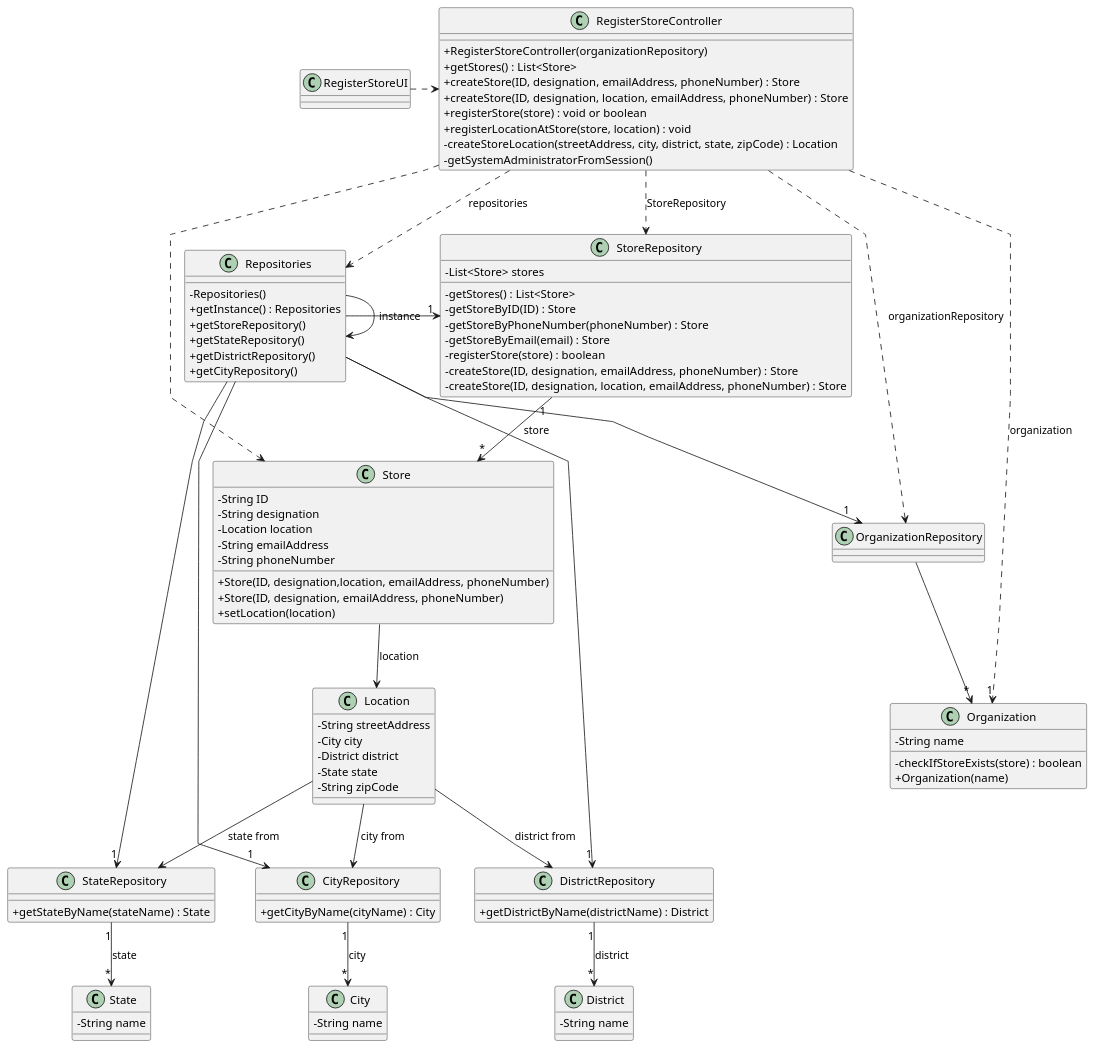
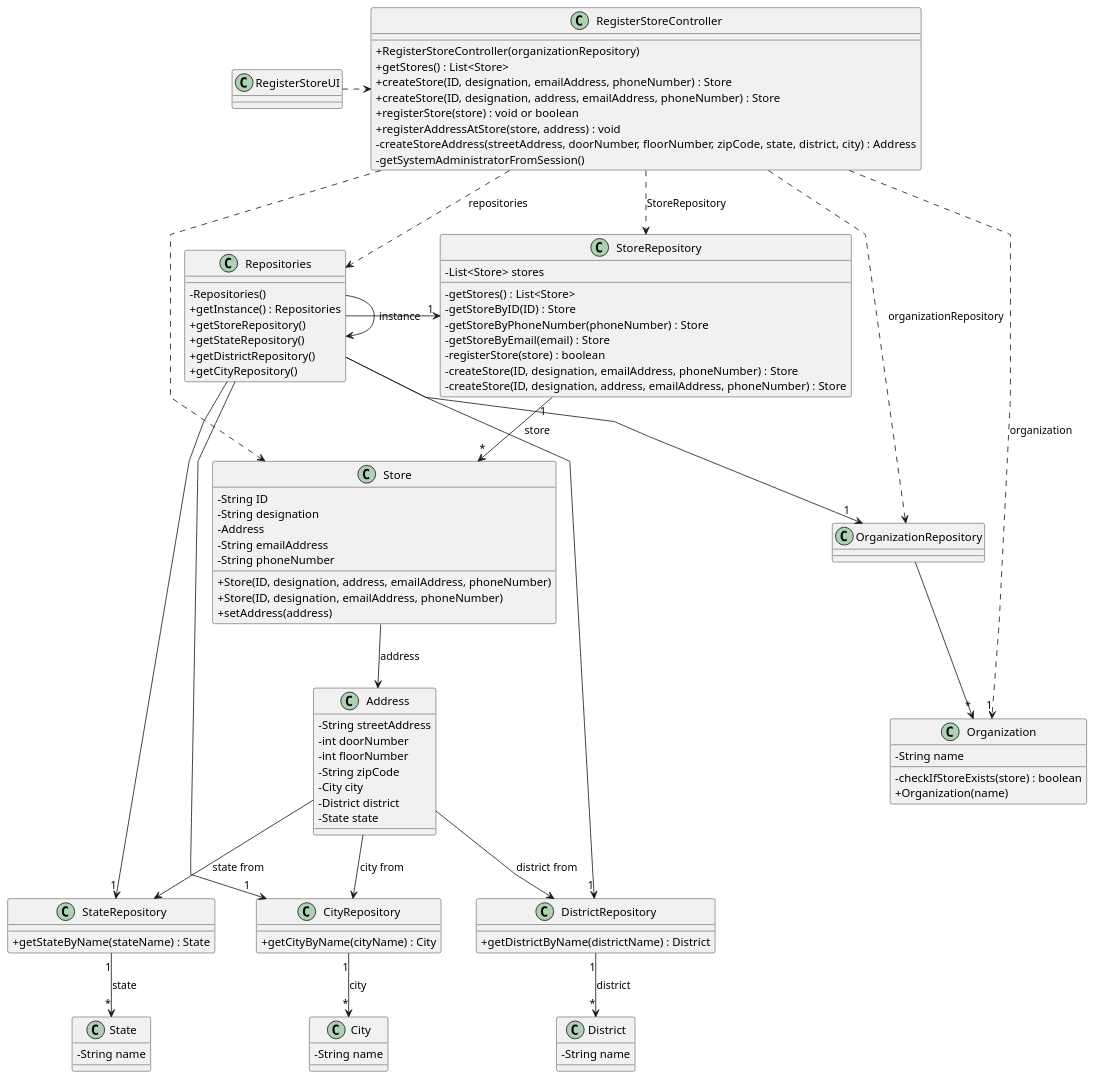
Before and after one commit to 1220812/LAPR2: the diagram in docs/sprintD/us005/03.design/puml/us005-class-diagram.puml, drawn with PlantUML. The commit also changed 6 other files, not shown here.

Commit message:
US005- Fixed the mistakes in system sequence diagram, sequence diagram full and class diagram

```diff
--- a/docs/sprintD/us005/03.design/puml/us005-class-diagram.puml
+++ b/docs/sprintD/us005/03.design/puml/us005-class-diagram.puml
@@ -1,129 +1,131 @@
 @startuml
 'skinparam monochrome true
 skinparam packageStyle rectangle
 skinparam shadowing false
 skinparam linetype polyline
 'skinparam linetype orto
 
 skinparam classAttributeIconSize 0
 
 'left to right direction
 
-class Location {
+class Address {
     -String streetAddress
+    -int doorNumber
+    -int floorNumber
+    -String zipCode
     -City city
     -District district
     -State state
-    -String zipCode
 }
 
 class City{
     -String name
 }
 
 class District{
     -String name
 }
 
 class State{
     -String name
 }
 
 class Store {
     - String ID
     - String designation
-    - Location location
+    - Address
     - String emailAddress
     - String phoneNumber
 
-    + Store(ID, designation,location, emailAddress, phoneNumber)
+    + Store(ID, designation, address, emailAddress, phoneNumber)
     + Store(ID, designation, emailAddress, phoneNumber)
-    + setLocation(location)
+    + setAddress(address)
 }
 
 class Organization {
     - String name
     - checkIfStoreExists(store) : boolean
     + Organization(name)
 '  +saveTask(task)
 }
 
 class StoreRepository {
     - List<Store> stores
     - getStores() : List<Store>
     - getStoreByID(ID) : Store
     - getStoreByPhoneNumber(phoneNumber) : Store
     - getStoreByEmail(email) : Store
     - registerStore(store) : boolean
     - createStore(ID, designation, emailAddress, phoneNumber) : Store
-    - createStore(ID, designation, location, emailAddress, phoneNumber) : Store
+    - createStore(ID, designation, address, emailAddress, phoneNumber) : Store
 }
 
 class StateRepository{
     + getStateByName(stateName) : State
 }
 
 class DistrictRepository{
     + getDistrictByName(districtName) : District
 }
 
 class CityRepository {
     + getCityByName(cityName) : City
 }
 
 class Repositories {
     - Repositories()
     + getInstance() : Repositories
     + getStoreRepository()
     + getStateRepository()
     + getDistrictRepository()
     + getCityRepository()
 }
 
 class RegisterStoreController {
     + RegisterStoreController(organizationRepository)
     + getStores() : List<Store>
     + createStore(ID, designation, emailAddress, phoneNumber) : Store
-    + createStore(ID, designation, location, emailAddress, phoneNumber) : Store
+    + createStore(ID, designation, address, emailAddress, phoneNumber) : Store
     + registerStore(store) : void or boolean
-    + registerLocationAtStore(store, location) : void
-    - createStoreLocation(streetAddress, city, district, state, zipCode) : Location
+    + registerAddressAtStore(store, address) : void
+    - createStoreAddress(streetAddress, doorNumber, floorNumber, zipCode, state, district, city) : Address
     - getSystemAdministratorFromSession()
 }
 
 class RegisterStoreUI {
 }
 
 Repositories -> Repositories : instance
 
 
 RegisterStoreUI .> RegisterStoreController
 
 RegisterStoreController .> Repositories : repositories
 
 Repositories -> "1" StoreRepository
 Repositories -> "1" StateRepository
 Repositories -> "1" DistrictRepository
 Repositories -> "1" CityRepository
 
 RegisterStoreController ..> Store
 RegisterStoreController ..> OrganizationRepository : organizationRepository
 RegisterStoreController ..> StoreRepository : StoreRepository
 
 Repositories --> "1" OrganizationRepository
 
 OrganizationRepository --> "*" Organization
 
 RegisterStoreController ..> "1" Organization : organization
 'Store "*" --> "1" TaskCategory : taskCategory
 StoreRepository "1" --> "*" Store : store
 StateRepository "1" --> "*" State : state
 DistrictRepository "1" --> "*" District : district
 CityRepository "1" --> "*" City : city
 
-Store --> Location : location
-Location --> StateRepository : state from
-Location --> DistrictRepository : district from
-Location --> CityRepository : city from
+Store --> Address : address
+Address --> StateRepository : state from
+Address --> DistrictRepository : district from
+Address --> CityRepository : city from
 
 @enduml
```
